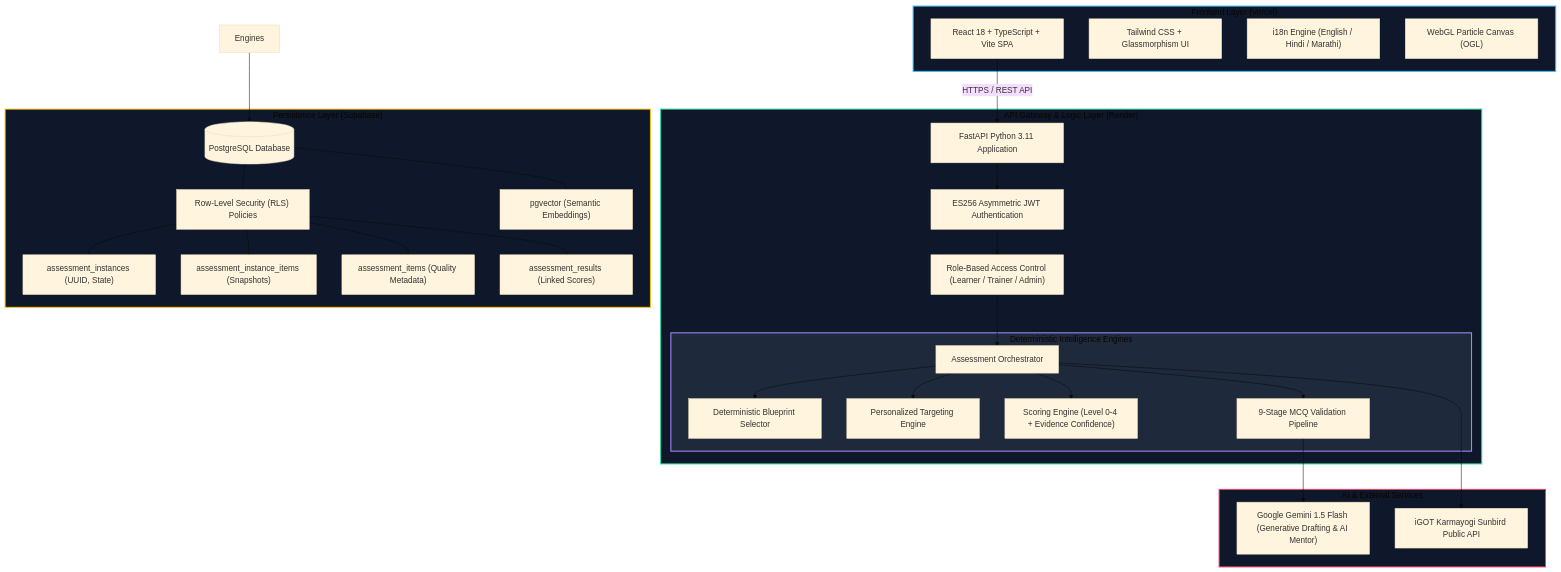
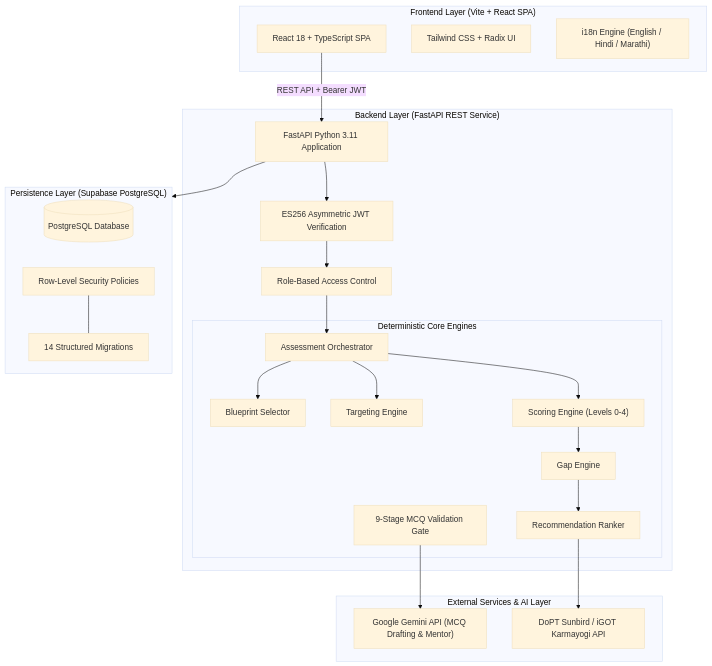
Before and after one commit to TechStrikers-39/VYREN: the second of 2 diagrams in README.md, drawn with Mermaid (base theme). The commit also changed other lines of this file, not shown here.

````diff
--- a/README.md
+++ b/README.md
@@ -356,62 +257,50 @@
 ```mermaid
 graph TD
-    subgraph CLIENT ["Frontend Layer (Vercel)"]
-        UI["React 18 + TypeScript + Vite SPA"]
-        Tailwind["Tailwind CSS + Glassmorphism UI"]
+    subgraph CLIENT ["Frontend Layer (Vite + React SPA)"]
+        UI["React 18 + TypeScript SPA"]
+        Tailwind["Tailwind CSS + Radix UI"]
         i18nEngine["i18n Engine (English / Hindi / Marathi)"]
-        Canvas["WebGL Particle Canvas (OGL)"]
     end
 
-    subgraph GATEWAY ["API Gateway & Logic Layer (Render)"]
+    subgraph API_LAYER ["Backend Layer (FastAPI REST Service)"]
         FastAPI["FastAPI Python 3.11 Application"]
-        AuthModule["ES256 Asymmetric JWT Authentication"]
-        RBAC["Role-Based Access Control (Learner / Trainer / Admin)"]
-        
-        subgraph ENGINES ["Deterministic Intelligence Engines"]
+        AuthModule["ES256 Asymmetric JWT Verification"]
+        RBAC["Role-Based Access Control"]
+
+        subgraph ENGINES ["Deterministic Core Engines"]
             Orchestrator["Assessment Orchestrator"]
-            BlueprintEngine["Deterministic Blueprint Selector"]
-            TargetingEngine["Personalized Targeting Engine"]
-            ScoringEngine["Scoring Engine (Level 0-4 + Evidence Confidence)"]
-            ValidationGate["9-Stage MCQ Validation Pipeline"]
+            BlueprintEngine["Blueprint Selector"]
+            TargetingEngine["Targeting Engine"]
+            ScoringEngine["Scoring Engine (Levels 0-4)"]
+            GapEngine["Gap Engine"]
+            Ranker["Recommendation Ranker"]
+            QC["9-Stage MCQ Validation Gate"]
         end
     end
 
-    subgraph AI_SERVICES ["AI & External Services"]
-        Gemini["Google Gemini 1.5 Flash (Generative Drafting & AI Mentor)"]
-        iGOTSunbird["iGOT Karmayogi Sunbird Public API"]
+    subgraph INTEGRATION ["External Services & AI Layer"]
+        Gemini["Google Gemini API (MCQ Drafting & Mentor)"]
+        Sunbird["DoPT Sunbird / iGOT Karmayogi API"]
     end
 
-    subgraph DATA_LAYER ["Persistence Layer (Supabase)"]
+    subgraph STORAGE ["Persistence Layer (Supabase PostgreSQL)"]
         PG[("PostgreSQL Database")]
-        RLS["Row-Level Security (RLS) Policies"]
-        Instances["assessment_instances (UUID, State)"]
-        InstanceItems["assessment_instance_items (Snapshots)"]
-        ItemBank["assessment_items (Quality Metadata)"]
-        Results["assessment_results (Linked Scores)"]
-        PGVector["pgvector (Semantic Embeddings)"]
+        RLS["Row-Level Security Policies"]
+        Tables["14 Structured Migrations"]
     end
 
-    UI -->|HTTPS / REST API| FastAPI
+    UI -->|REST API + Bearer JWT| FastAPI
     FastAPI --> AuthModule
     AuthModule --> RBAC
     RBAC --> Orchestrator
     Orchestrator --> BlueprintEngine
     Orchestrator --> TargetingEngine
     Orchestrator --> ScoringEngine
-    Orchestrator --> ValidationGate
-    ValidationGate --> Gemini
-    Orchestrator --> iGOTSunbird
-    Engines --> PG
-    PG --- RLS
-    RLS --- Instances
-    RLS --- InstanceItems
-    RLS --- ItemBank
-    RLS --- Results
-    PG --- PGVector
-
-    style CLIENT fill:#0f172a,stroke:#38bdf8,stroke-width:2px
-    style GATEWAY fill:#0f172a,stroke:#34d399,stroke-width:2px
-    style ENGINES fill:#1e293b,stroke:#a78bfa,stroke-width:2px
-    style AI_SERVICES fill:#0f172a,stroke:#f43f5e,stroke-width:2px
-    style DATA_LAYER fill:#0f172a,stroke:#fbbf24,stroke-width:2px
+    ScoringEngine --> GapEngine
+    GapEngine --> Ranker
+    Ranker --> Sunbird
+    QC --> Gemini
+    FastAPI --> STORAGE
+    STORAGE --- RLS
+    RLS --- Tables
 ```
````
